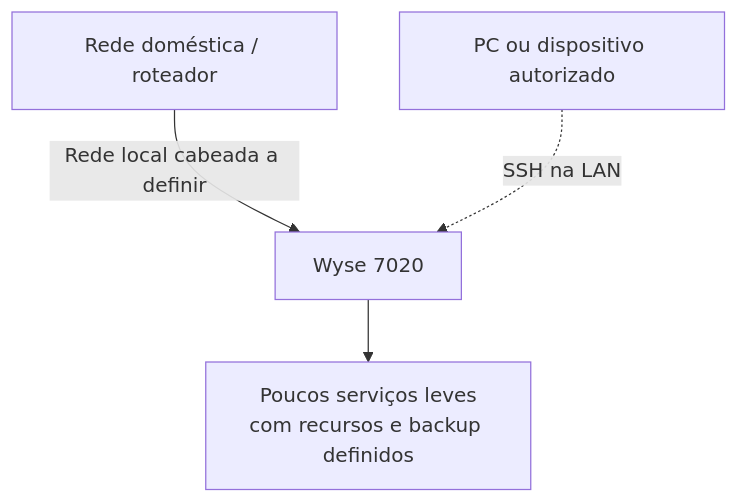
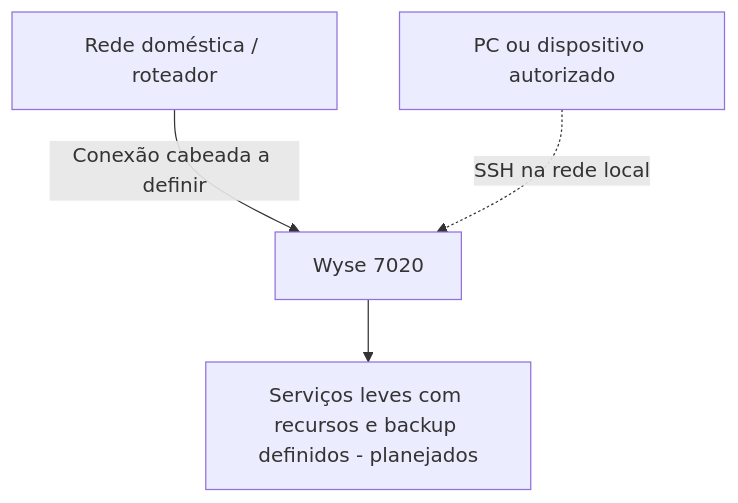
Before and after one commit to ViniciusBzm/homelab: the second of 2 diagrams in docs/arquitetura.md, drawn with Mermaid. The commit also changed other lines of this file, not shown here.

Commit message:
fix(docs): corrige sintaxe dos diagramas Mermaid da arquitetura

````diff
--- a/docs/arquitetura.md
+++ b/docs/arquitetura.md
@@ -50,6 +50,6 @@
 ```mermaid
 flowchart TD
-  R["Rede doméstica / roteador"] -->|Rede local cabeada a definir| W["Wyse 7020"]
-  A["PC ou dispositivo autorizado"] -.->|SSH na LAN| W
-  W --> C["Poucos serviços leves<br/>com recursos e backup definidos"]
+  R["Rede doméstica / roteador"] -->|"Conexão cabeada a definir"| W["Wyse 7020"]
+  A["PC ou dispositivo autorizado"] -.->|"SSH na rede local"| W
+  W --> C["Serviços leves com recursos e backup definidos - planejados"]
 ```
````
